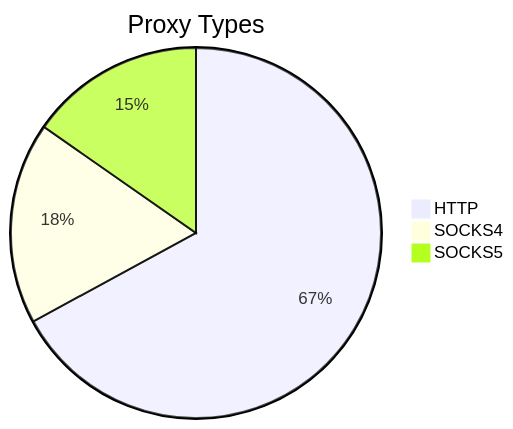
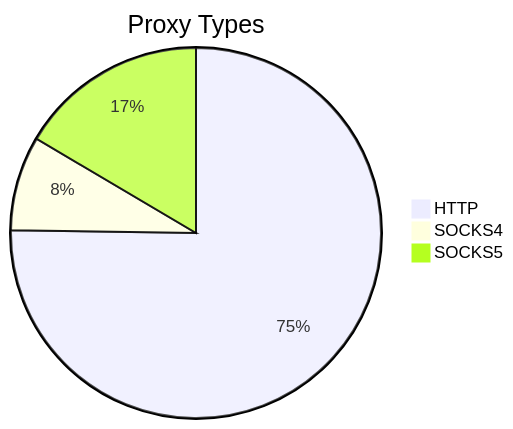
Before and after one commit to stormsia/proxy-list: the first of 2 diagrams in README.md, drawn with Mermaid. The commit also changed other lines of this file, not shown here.

````diff
--- a/README.md
+++ b/README.md
@@ -21,6 +21,6 @@
 ```mermaid
 pie title Proxy Types
-    "HTTP" : 377
-    "SOCKS4" : 99
-    "SOCKS5" : 86
+    "HTTP" : 155
+    "SOCKS4" : 17
+    "SOCKS5" : 34
 ```
````
